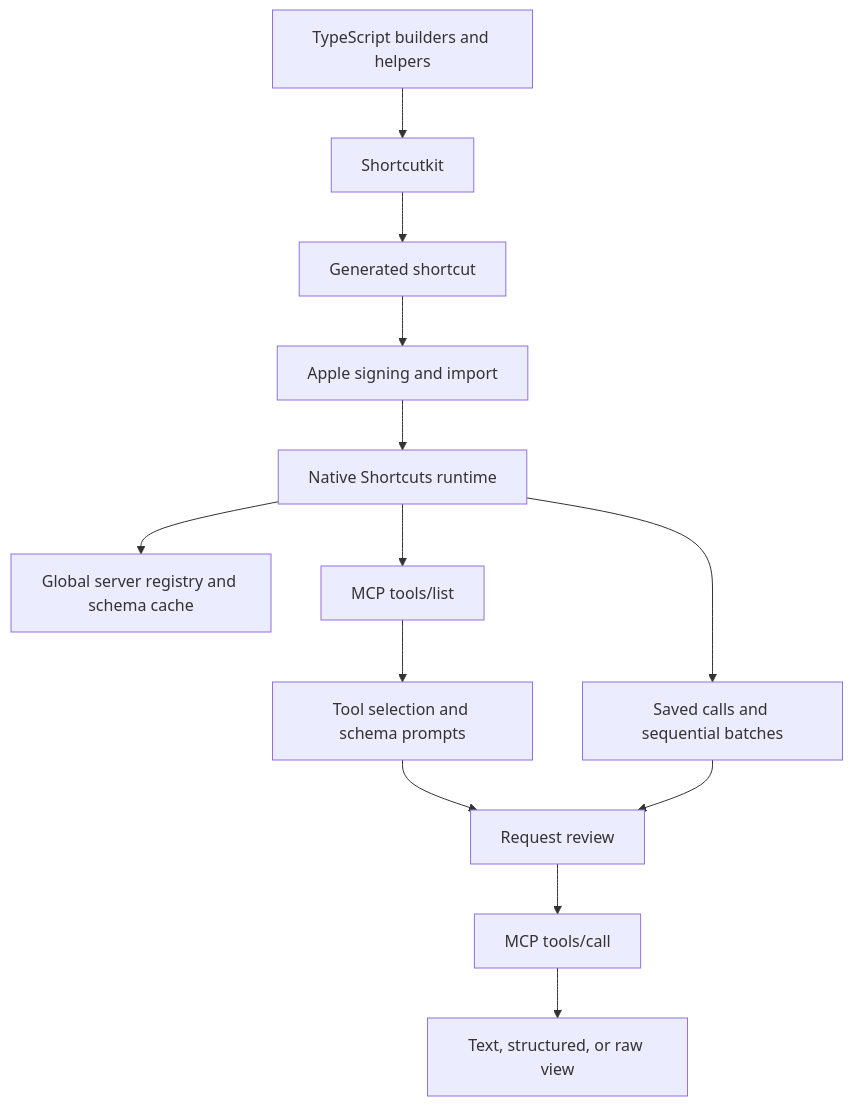
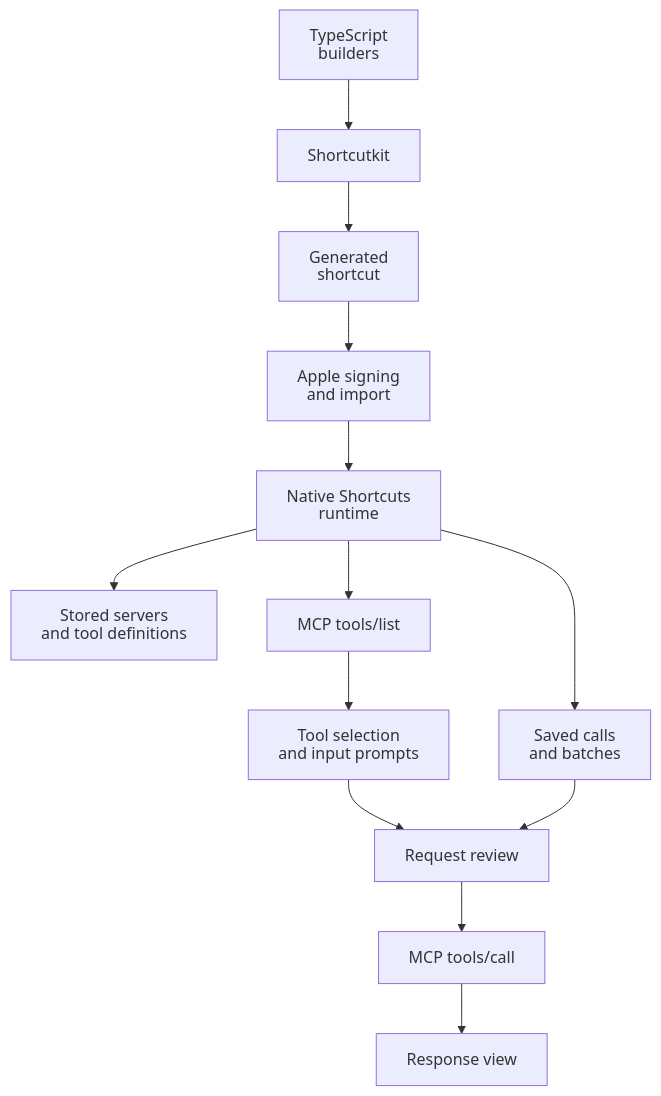
Before and after one commit to frontboat/AppleShortcutMcpClient: the diagram in CASE-STUDY.md, drawn with Mermaid. The commit also changed other lines of this file and 9 other files, not shown here.

````diff
--- a/CASE-STUDY.md
+++ b/CASE-STUDY.md
@@ -49,15 +29,26 @@
 ```mermaid
+---
+config:
+  htmlLabels: false
+---
 flowchart TD
-    A[TypeScript builders and helpers] --> B[Shortcutkit]
-    B --> C[Generated shortcut]
-    C --> D[Apple signing and import]
-    D --> E[Native Shortcuts runtime]
-    E --> F[Global server registry and schema cache]
+    A["`TypeScript
+    builders`"] --> B[Shortcutkit]
+    B --> C["`Generated
+    shortcut`"]
+    C --> D["`Apple signing
+    and import`"]
+    D --> E["`Native Shortcuts
+    runtime`"]
+    E --> F["`Stored servers
+    and tool definitions`"]
     E --> G[MCP tools/list]
-    G --> H[Tool selection and schema prompts]
+    G --> H["`Tool selection
+    and input prompts`"]
     H --> I[Request review]
     I --> J[MCP tools/call]
-    J --> K[Text, structured, or raw view]
-    E --> L[Saved calls and sequential batches]
+    J --> K[Response view]
+    E --> L["`Saved calls
+    and batches`"]
     L --> I
 ```
````
